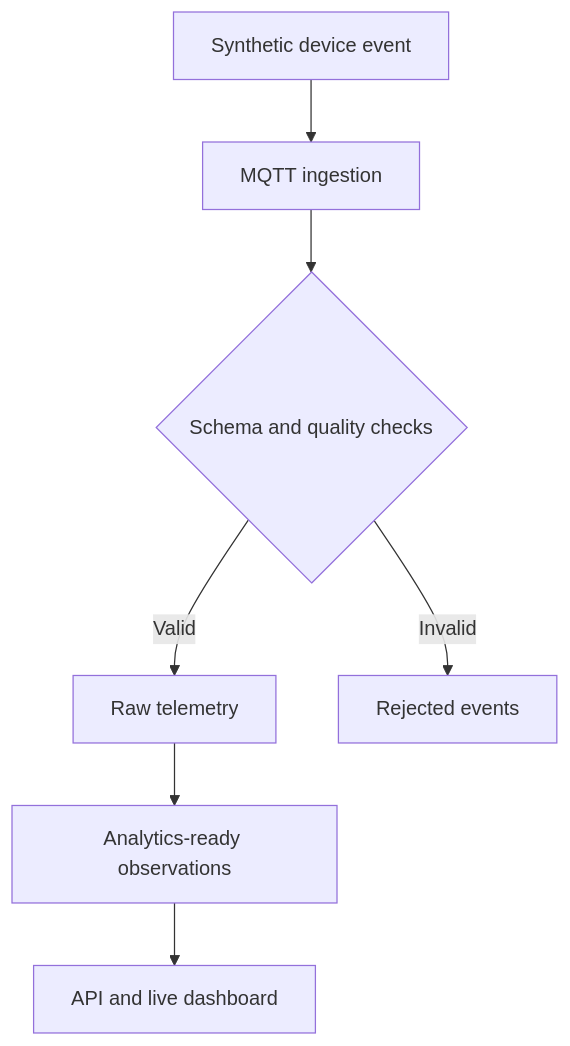
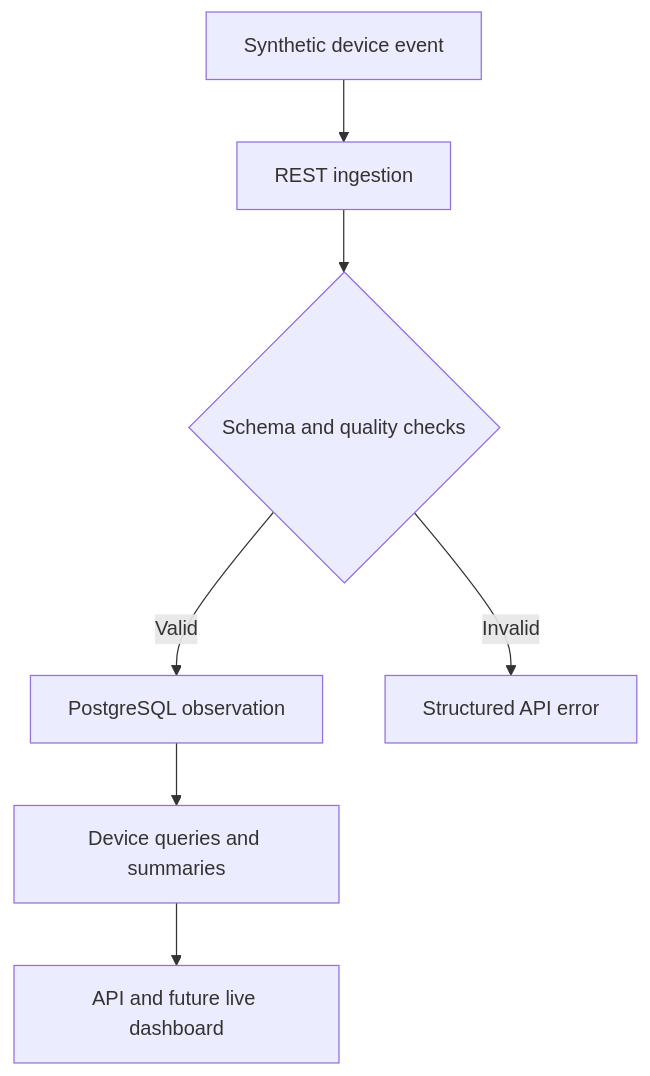
Before and after one commit to sahibsohi/visco-sensor: the diagram in docs/architecture.md, drawn with Mermaid. The commit also changed other lines of this file and 27 other files, not shown here.

````diff
--- a/docs/architecture.md
+++ b/docs/architecture.md
@@ -32,9 +32,9 @@
 ```mermaid
 flowchart TD
-    A["Synthetic device event"] --> B["MQTT ingestion"]
+    A["Synthetic device event"] --> B["REST ingestion"]
     B --> C{"Schema and quality checks"}
-    C -->|Valid| D["Raw telemetry"]
-    C -->|Invalid| E["Rejected events"]
-    D --> F["Analytics-ready observations"]
-    F --> G["API and live dashboard"]
+    C -->|Valid| D["PostgreSQL observation"]
+    C -->|Invalid| E["Structured API error"]
+    D --> F["Device queries and summaries"]
+    F --> G["API and future live dashboard"]
 ```
````
